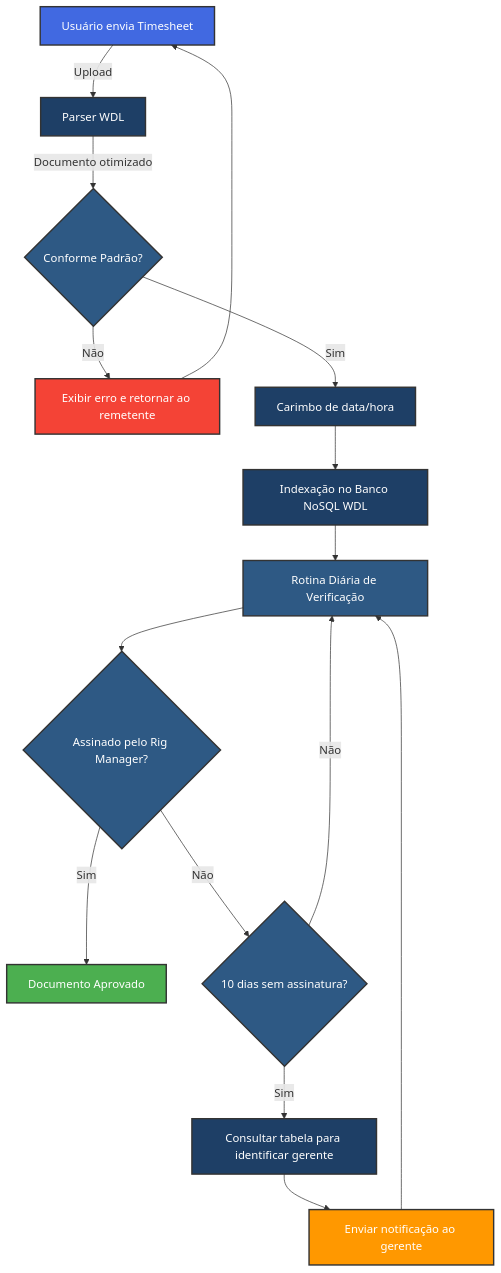
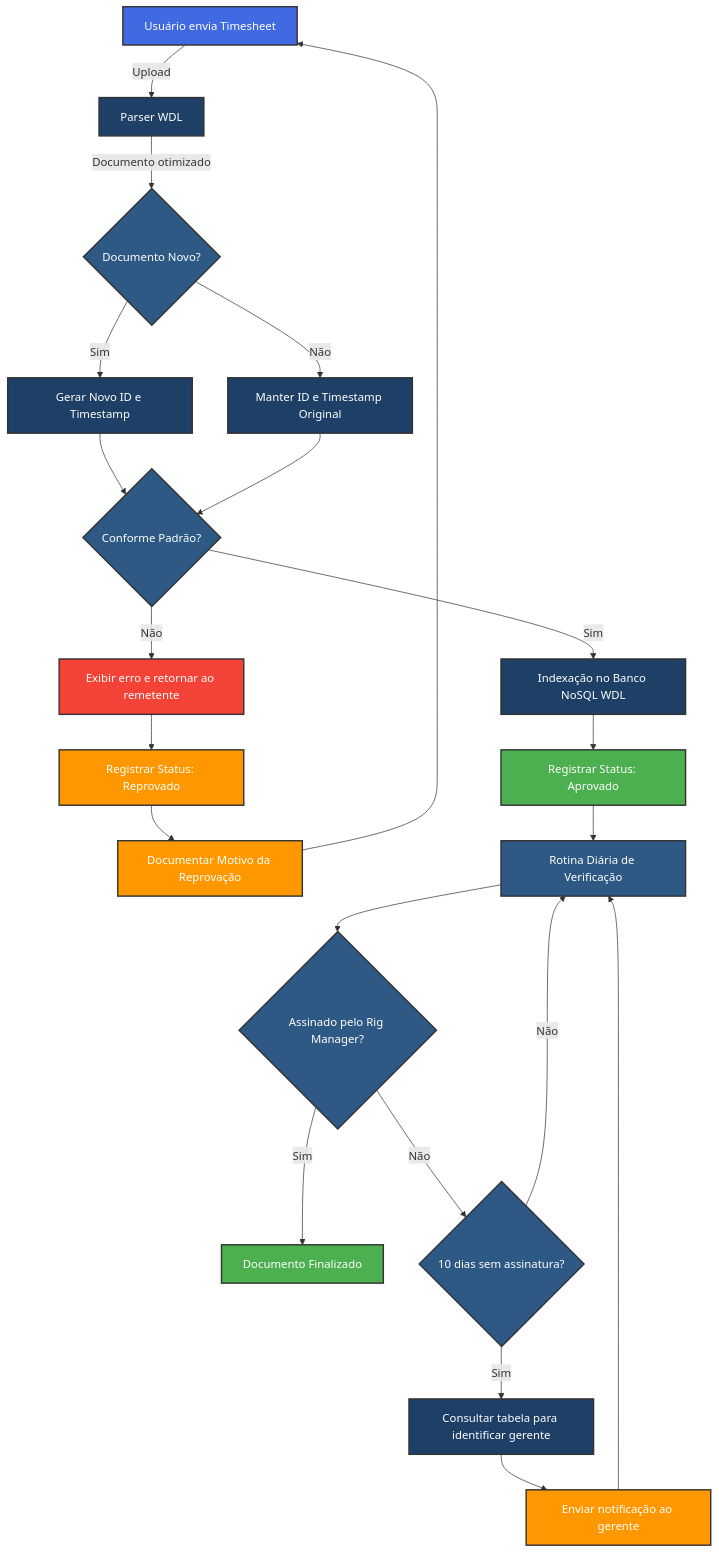
The first of 3 diagrams in TImesheetAudit.md (wonder-dmercadal/PublicReports), drawn with Mermaid before and after one commit. The commit also changed other lines of this file, not shown here.

````diff
--- a/TImesheetAudit.md
+++ b/TImesheetAudit.md
@@ -17,30 +17,41 @@
 ```mermaid
 flowchart TD
     A[Usuário envia Timesheet] -->|Upload| B[Parser WDL]
-    B -->|Documento otimizado| C{Conforme Padrão?}
-    C -->|Não| D[Exibir erro e retornar ao remetente]
-    D --> A
-    C -->|Sim| E[Carimbo de data/hora]
-    E --> F[Indexação no Banco NoSQL WDL]
-    F --> G[Rotina Diária de Verificação]
-    G --> H{Assinado pelo Rig Manager?}
-    H -->|Sim| I[Documento Aprovado]
-    H -->|Não| J{10 dias sem assinatura?}
-    J -->|Não| G
-    J -->|Sim| K[Consultar tabela para identificar gerente]
-    K --> L[Enviar notificação ao gerente]
-    L --> G
+    B -->|Documento otimizado| C{Documento Novo?}
+    C -->|Sim| D[Gerar Novo ID e Timestamp]
+    C -->|Não| E[Manter ID e Timestamp Original]
+    D --> F{Conforme Padrão?}
+    E --> F
+    F -->|Não| G[Exibir erro e retornar ao remetente]
+    G --> H[Registrar Status: Reprovado]
+    H --> I[Documentar Motivo da Reprovação]
+    I --> A
+    F -->|Sim| J[Indexação no Banco NoSQL WDL]
+    J --> K[Registrar Status: Aprovado]
+    K --> L[Rotina Diária de Verificação]
+    L --> M{Assinado pelo Rig Manager?}
+    M -->|Sim| N[Documento Finalizado]
+    M -->|Não| O{10 dias sem assinatura?}
+    O -->|Não| L
+    O -->|Sim| P[Consultar tabela para identificar gerente]
+    P --> Q[Enviar notificação ao gerente]
+    Q --> L
     
     style A fill:#4169E1,stroke:#333,stroke-width:2px,color:white
     style B fill:#1E3F66,stroke:#333,stroke-width:2px,color:white
     style C fill:#2E5984,stroke:#333,stroke-width:2px,color:white
-    style D fill:#F44336,stroke:#333,stroke-width:2px,color:white
+    style D fill:#1E3F66,stroke:#333,stroke-width:2px,color:white
     style E fill:#1E3F66,stroke:#333,stroke-width:2px,color:white
-    style F fill:#1E3F66,stroke:#333,stroke-width:2px,color:white
-    style G fill:#2E5984,stroke:#333,stroke-width:2px,color:white
-    style H fill:#2E5984,stroke:#333,stroke-width:2px,color:white
-    style I fill:#4CAF50,stroke:#333,stroke-width:2px,color:white
-    style J fill:#2E5984,stroke:#333,stroke-width:2px,color:white
-    style K fill:#1E3F66,stroke:#333,stroke-width:2px,color:white
-    style L fill:#FF9800,stroke:#333,stroke-width:2px,color:white
+    style F fill:#2E5984,stroke:#333,stroke-width:2px,color:white
+    style G fill:#F44336,stroke:#333,stroke-width:2px,color:white
+    style H fill:#FF9800,stroke:#333,stroke-width:2px,color:white
+    style I fill:#FF9800,stroke:#333,stroke-width:2px,color:white
+    style J fill:#1E3F66,stroke:#333,stroke-width:2px,color:white
+    style K fill:#4CAF50,stroke:#333,stroke-width:2px,color:white
+    style L fill:#2E5984,stroke:#333,stroke-width:2px,color:white
+    style M fill:#2E5984,stroke:#333,stroke-width:2px,color:white
+    style N fill:#4CAF50,stroke:#333,stroke-width:2px,color:white
+    style O fill:#2E5984,stroke:#333,stroke-width:2px,color:white
+    style P fill:#1E3F66,stroke:#333,stroke-width:2px,color:white
+    style Q fill:#FF9800,stroke:#333,stroke-width:2px,color:white
 ```
````
